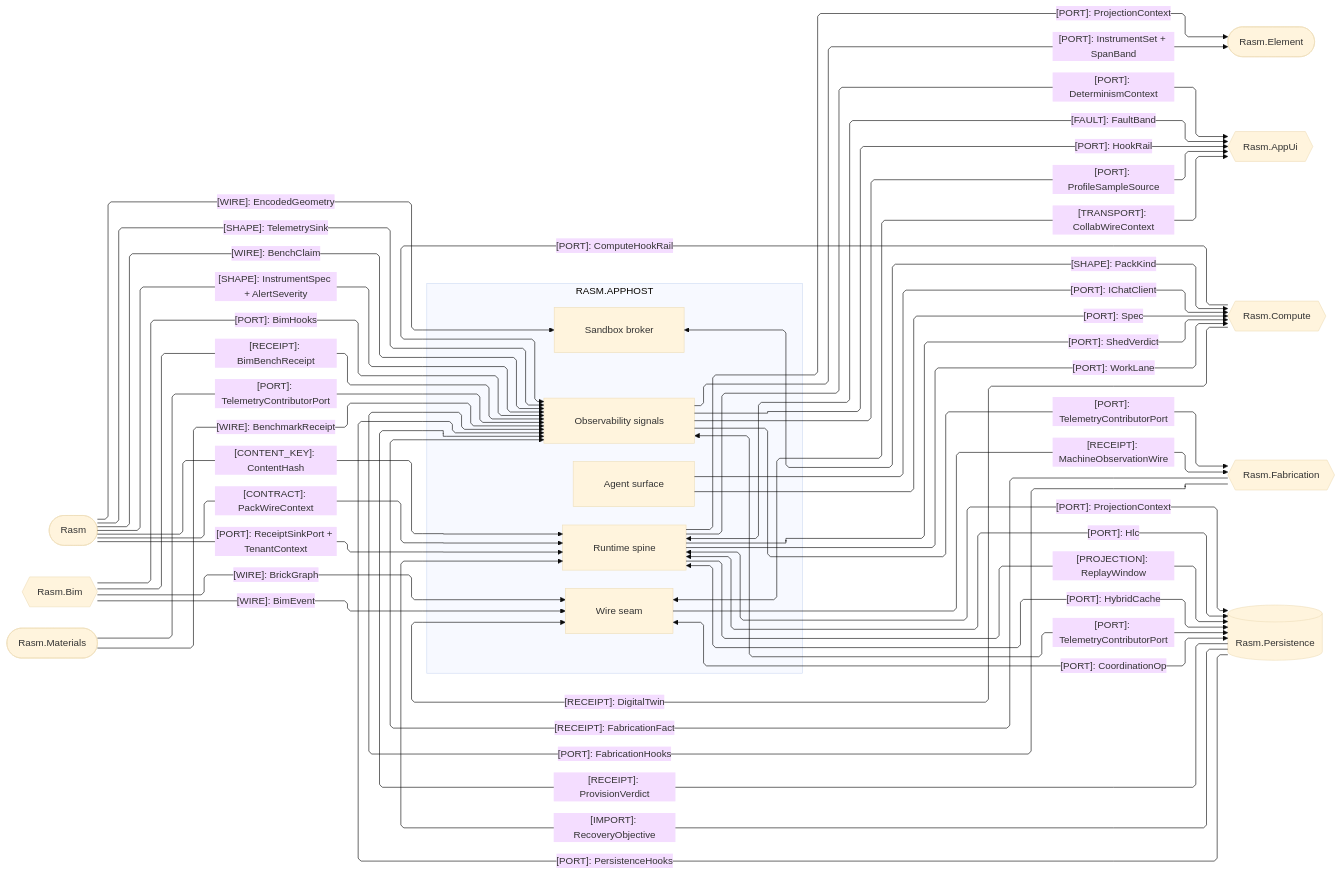
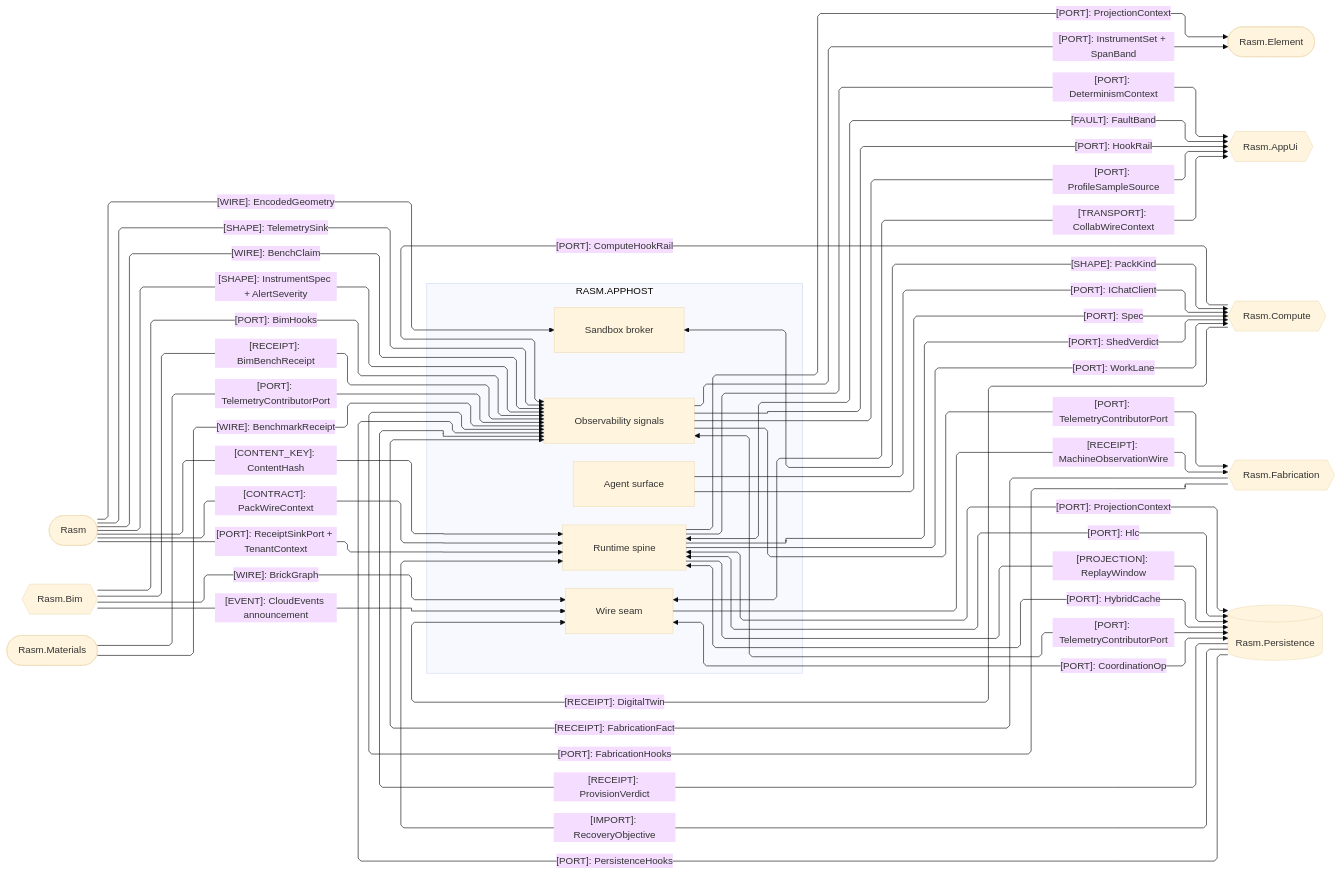
Before and after one commit to bsamiee/Rasm: the third of 4 diagrams in libs/csharp/Rasm.AppHost/ARCHITECTURE.md, drawn with Mermaid (base theme). The commit also changed 509 other files, not shown here.

````diff
--- a/libs/csharp/Rasm.AppHost/ARCHITECTURE.md
+++ b/libs/csharp/Rasm.AppHost/ARCHITECTURE.md
@@ -151,67 +151,67 @@
 ```mermaid
 ---
 config:
   layout: elk
   flowchart:
     curve: linear
     padding: 25
 ---
 flowchart LR
     accTitle: AppHost C# platform seams
     accDescr: AppHost sub-domain owners exchanging ports, shapes, wires, contracts, receipts, content keys, projections, transports, faults, and one imported type with every C# peer, one edge per kind.
     subgraph apphost[RASM.APPHOST]
         Runtime[Runtime spine]
         Agent[Agent surface]
         Wire[Wire seam]
         Sandbox[Sandbox broker]
         Observability[Observability signals]
     end
     Kernel([Rasm])
     Bim{{Rasm.Bim}}
     Element([Rasm.Element])
     Materials([Rasm.Materials])
     AppUi{{Rasm.AppUi}}
     Compute{{Rasm.Compute}}
     Fabrication{{Rasm.Fabrication}}
     Persistence[(Rasm.Persistence)]
     Kernel -->|"[WIRE]: EncodedGeometry"| Sandbox
     Kernel e23@-->|"[SHAPE]: TelemetrySink"| Observability
     Kernel e24@-->|"[WIRE]: BenchClaim"| Observability
     Kernel e40@-->|"[SHAPE]: InstrumentSpec + AlertSeverity"| Observability
     Kernel e30@-->|"[CONTENT_KEY]: ContentHash"| Runtime
     Kernel e42@-->|"[CONTRACT]: PackWireContext"| Runtime
     Kernel e41@-->|"[PORT]: ReceiptSinkPort + TenantContext"| Runtime
     Bim e25@-->|"[PORT]: BimHooks"| Observability
     Bim e26@-->|"[RECEIPT]: BimBenchReceipt"| Observability
-    Bim e39@-->|"[WIRE]: BimEvent"| Wire
+    Bim e39@-->|"[EVENT]: CloudEvents announcement"| Wire
     Bim e43@-->|"[WIRE]: BrickGraph"| Wire
     Runtime e3@-->|"[PORT]: ProjectionContext"| Element
     Observability e31@-->|"[PORT]: InstrumentSet + SpanBand"| Element
     Materials e32@-->|"[PORT]: TelemetryContributorPort"| Observability
     Materials e33@-->|"[WIRE]: BenchmarkReceipt"| Observability
     Runtime -->|"[PORT]: DeterminismContext"| AppUi
     Runtime e6@<-->|"[PORT]: ProjectionContext"| Persistence
     Wire e8@<-->|"[PORT]: CoordinationOp"| Persistence
     Runtime e15@<-->|"[PORT]: Hlc"| Persistence
     Persistence e44@-->|"[IMPORT]: RecoveryObjective"| Runtime
     Runtime e16@-->|"[PROJECTION]: ReplayWindow"| Persistence
     Runtime e17@<-->|"[PORT]: HybridCache"| Persistence
     Persistence e18@-->|"[RECEIPT]: ProvisionVerdict"| Observability
     Observability e14@<-->|"[PORT]: TelemetryContributorPort"| Persistence
     Persistence e34@-->|"[PORT]: PersistenceHooks"| Observability
     Observability e19@-->|"[PORT]: HookRail"| AppUi
     Runtime e20@<-->|"[FAULT]: FaultBand"| AppUi
     Observability e27@-->|"[PORT]: ProfileSampleSource"| AppUi
     Fabrication e21@-->|"[RECEIPT]: FabricationFact"| Observability
     Fabrication e35@-->|"[PORT]: FabricationHooks"| Observability
     Observability e22@-->|"[PORT]: TelemetryContributorPort"| Fabrication
     Wire e28@-->|"[RECEIPT]: MachineObservationWire"| Fabrication
     Runtime -->|"[PORT]: ShedVerdict"| Compute
     Runtime e36@-->|"[PORT]: WorkLane"| Compute
     Agent -->|"[PORT]: IChatClient"| Compute
     Agent -->|"[PORT]: Spec"| Compute
     Compute e37@-->|"[PORT]: ComputeHookRail"| Observability
     Compute e38@-->|"[RECEIPT]: DigitalTwin"| Wire
     Wire e29@<-->|"[TRANSPORT]: CollabWireContext"| AppUi
     Sandbox <-->|"[SHAPE]: PackKind"| Compute
 ```
````
